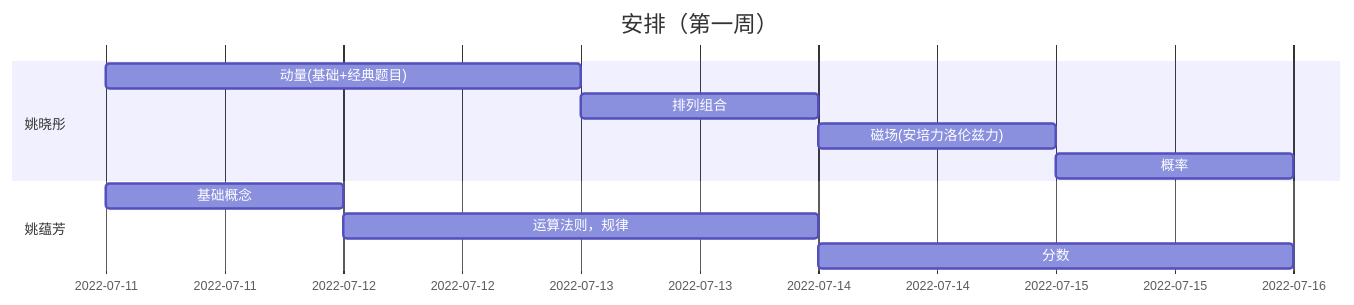
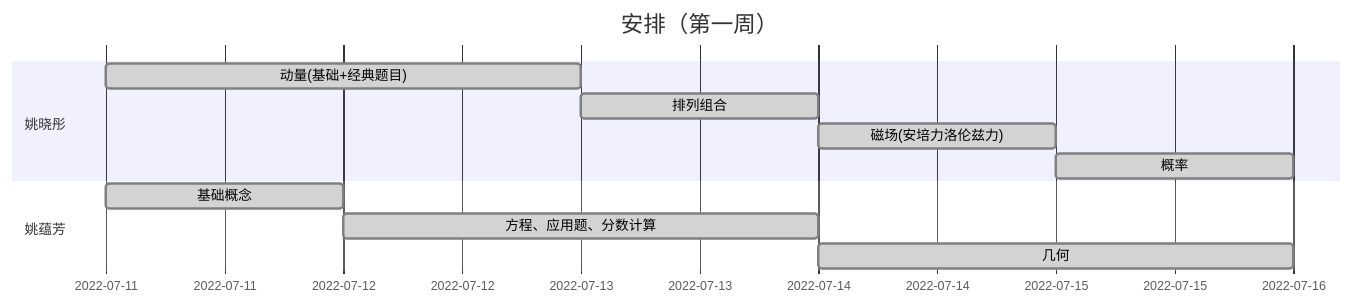
The first of 2 diagrams in Markdown/补习/补课安排.md (Drunk-Dream/VSCODE), drawn with Mermaid before and after one commit. The commit also changed other lines of this file, not shown here.

````diff
--- a/Markdown/补习/补课安排.md
+++ b/Markdown/补习/补课安排.md
@@ -5,16 +5,16 @@
 ```mermaid
 gantt
     title 安排（第一周）
-    dateFormat YYYY-MM-DD
+    dateFormat YY-MM-DD
     section 姚晓彤
-        动量(基础+经典题目):des11,2022-07-11,2d
-        排列组合:des12,2022-07-13,1d
-        磁场(安培力洛伦兹力):des13,2022-07-14,1d
-        概率:des14,2022-07-15,1d
+        动量(基础+经典题目):done,des11,22-07-11,2d
+        排列组合:done,des12,22-07-13,1d
+        磁场(安培力洛伦兹力):done,des13,22-07-14,1d
+        概率:done,des14,22-07-15,1d
     section 姚蕴芳
-        基础概念:des21,2022-07-11,1d
-        运算法则，规律:des22,2022-07-12,2d
-        分数:des23,after des22,2d
+        基础概念:done,des21,22-07-11,1d
+        方程、应用题、分数计算:done,des22,22-07-12,2d
+        几何:done,des23,22-07-14,2d
     section 姚楚钘
     section 张曦予
 ```
````
